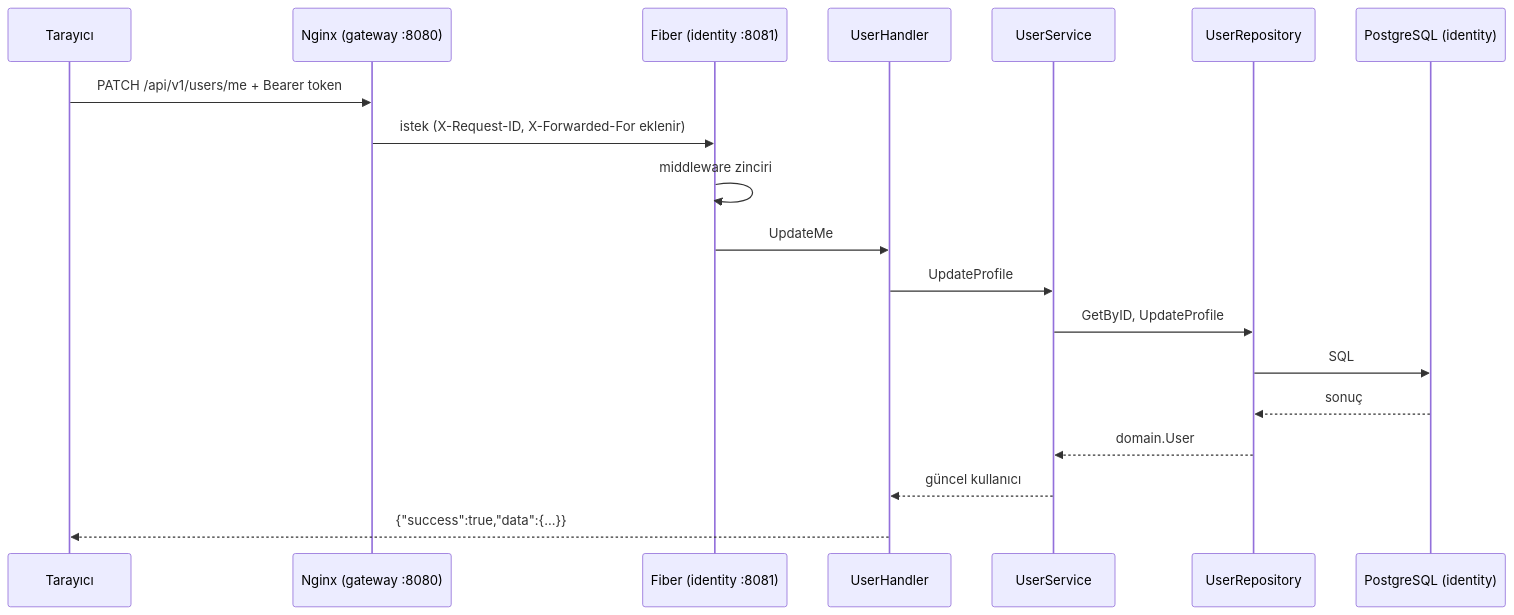
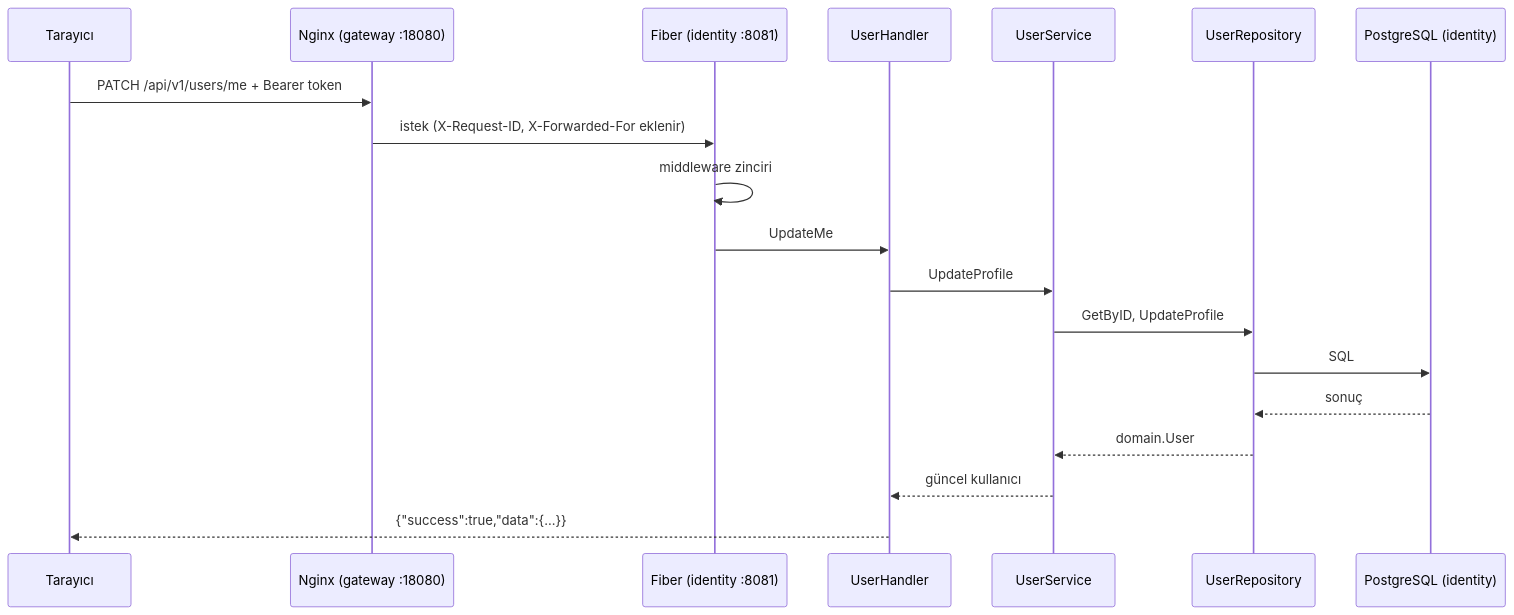
One commit to Furkanturan8/rovena changed the diagram in docs/notes/07-istegin-yolculugu.md. Above: the diagram before and after it, drawn with Mermaid. The commit also changed 23 other files, not shown here.

````diff
--- a/docs/notes/07-istegin-yolculugu.md
+++ b/docs/notes/07-istegin-yolculugu.md
@@ -5,21 +5,21 @@
 ```mermaid
 sequenceDiagram
     participant B as Tarayıcı
-    participant N as Nginx (gateway :8080)
+    participant N as Nginx (gateway :18080)
     participant F as Fiber (identity :8081)
     participant H as UserHandler
     participant S as UserService
     participant R as UserRepository
     participant DB as PostgreSQL (identity)
     B->>N: PATCH /api/v1/users/me + Bearer token
     N->>F: istek (X-Request-ID, X-Forwarded-For eklenir)
     F->>F: middleware zinciri
     F->>H: UpdateMe
     H->>S: UpdateProfile
     S->>R: GetByID, UpdateProfile
     R->>DB: SQL
     DB-->>R: sonuç
     R-->>S: domain.User
     S-->>H: güncel kullanıcı
     H-->>B: {"success":true,"data":{...}}
 ```
````
